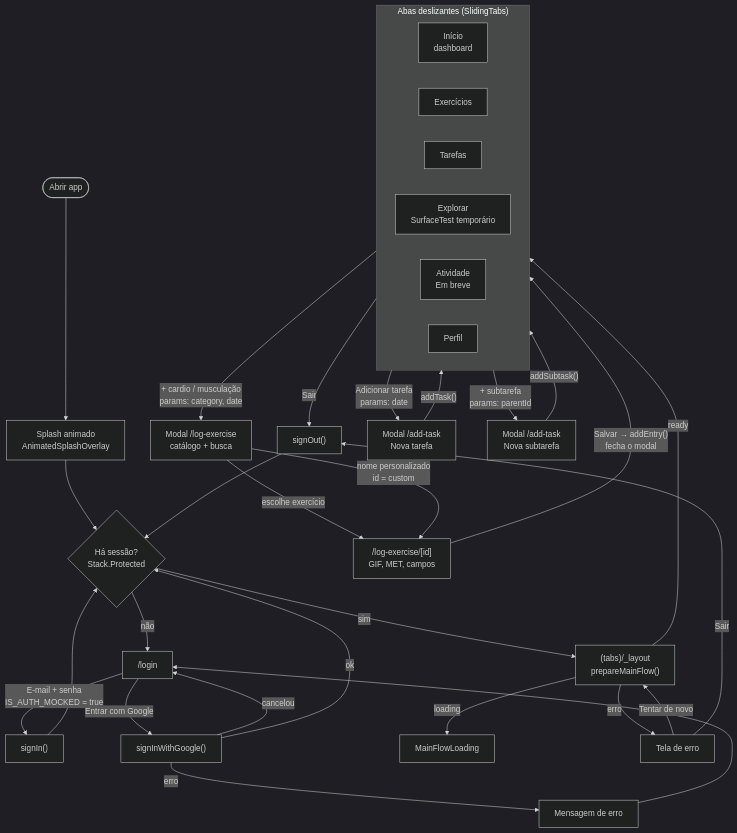
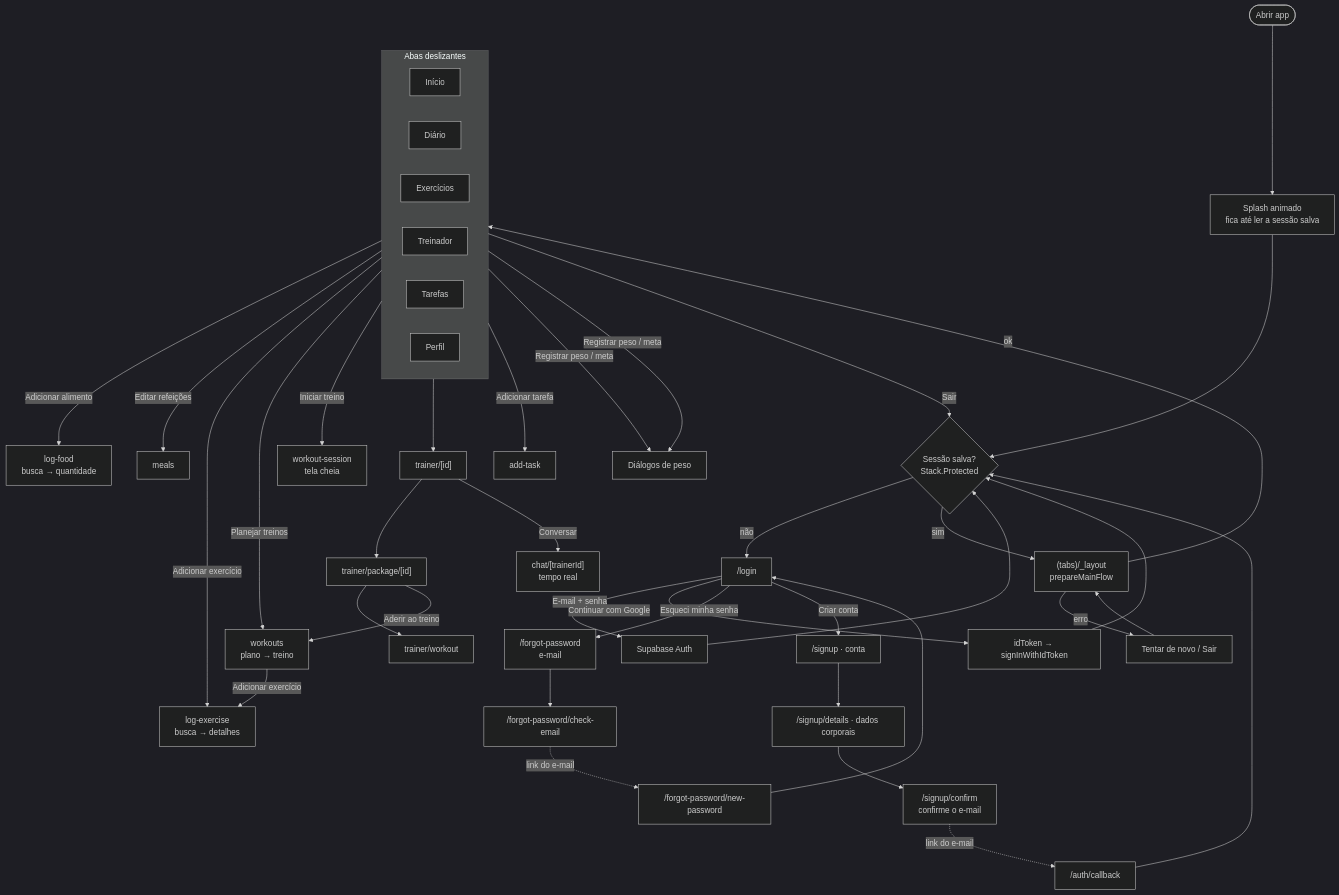
The third of 7 diagrams in docs/FLUXOGRAMA.md (willians-e-silva/treina), drawn with Mermaid (dark theme) before and after one commit. The commit also changed other lines of this file, not shown here.

First line of the commit message:
docs: atualiza o fluxograma com o estado atual da main

````diff
--- a/docs/FLUXOGRAMA.md
+++ b/docs/FLUXOGRAMA.md
@@ -103,43 +114,51 @@
 ```mermaid
 flowchart TD
-    Start(["Abrir app"]) --> Splash["Splash animado<br/>AnimatedSplashOverlay"]
-    Splash --> Guard{"Há sessão?<br/>Stack.Protected"}
+    Start(["Abrir app"]) --> Splash["Splash animado<br/>fica até ler a sessão salva"]
+    Splash --> Guard{"Sessão salva?<br/>Stack.Protected"}
 
     Guard -- "não" --> Login["/login"]
-    Login -- "E-mail + senha<br/>IS_AUTH_MOCKED = true" --> SignIn["signIn()"]
-    Login -- "Entrar com Google" --> Google["signInWithGoogle()"]
-    Google -- "cancelou" --> Login
-    Google -- "erro" --> LoginErr["Mensagem de erro"] --> Login
-    SignIn --> Guard
-    Google -- "ok" --> Guard
+    Login -- "E-mail + senha" --> Auth["Supabase Auth"]
+    Login -- "Continuar com Google" --> Google["idToken → signInWithIdToken"]
+    Login -- "Esqueci minha senha" --> FP["/forgot-password<br/>e-mail"]
+    FP --> FPC["/forgot-password/check-email"]
+    FPC -.->|link do e-mail| FPN["/forgot-password/new-password"]
+    FPN --> Login
+    Login -- "Criar conta" --> SU1["/signup · conta"]
+    SU1 --> SU2["/signup/details · dados corporais"]
+    SU2 --> SUC["/signup/confirm<br/>confirme o e-mail"]
+    SUC -.->|link do e-mail| CB["/auth/callback"]
+    CB --> Guard
+    Auth --> Guard
+    Google --> Guard
 
-    Guard -- "sim" --> Boot["(tabs)/_layout<br/>prepareMainFlow()"]
-    Boot -- "loading" --> Loading["MainFlowLoading"]
-    Boot -- "erro" --> BootErr["Tela de erro"]
-    BootErr -- "Tentar de novo" --> Boot
-    BootErr -- "Sair" --> SignOut
-    Boot -- "ready" --> Tabs
+    Guard -- "sim" --> Boot["(tabs)/_layout<br/>prepareMainFlow"]
+    Boot -- "erro" --> BootErr["Tentar de novo / Sair"]
+    BootErr --> Boot
+    Boot -- "ok" --> Tabs
 
-    subgraph Tabs["Abas deslizantes (SlidingTabs)"]
+    subgraph Tabs["Abas deslizantes"]
         direction LR
-        Home["Início<br/>dashboard"]
+        Home["Início"]
+        Diary["Diário"]
         Exercise["Exercícios"]
+        Trainers["Treinador"]
         Tasks["Tarefas"]
-        Explore["Explorar<br/>SurfaceTest temporário"]
-        Activity["Atividade<br/>Em breve"]
         Profile["Perfil"]
     end
 
-    Exercise -- "+ cardio / musculação<br/>params: category, date" --> Search["Modal /log-exercise<br/>catálogo + busca"]
-    Search -- "escolhe exercício" --> Details["/log-exercise/[id]<br/>GIF, MET, campos"]
-    Search -- "nome personalizado<br/>id = custom" --> Details
-    Details -- "Salvar → addEntry()<br/>fecha o modal" --> Exercise
-
-    Tasks -- "Adicionar tarefa<br/>params: date" --> AddTask["Modal /add-task<br/>Nova tarefa"]
-    Tasks -- "+ subtarefa<br/>params: parentId" --> AddSub["Modal /add-task<br/>Nova subtarefa"]
-    AddTask -- "addTask()" --> Tasks
-    AddSub -- "addSubtask()" --> Tasks
-
-    Profile -- "Sair" --> SignOut["signOut()"]
-    SignOut --> Guard
+    Diary -- "Adicionar alimento" --> LF["log-food<br/>busca → quantidade"]
+    Diary -- "Editar refeições" --> Meals["meals"]
+    Exercise -- "Adicionar exercício" --> LE["log-exercise<br/>busca → detalhes"]
+    Exercise -- "Planejar treinos" --> WK["workouts<br/>plano → treino"]
+    Exercise -- "Iniciar treino" --> WS["workout-session<br/>tela cheia"]
+    WK -- "Adicionar exercício" --> LE
+    Trainers --> TR["trainer/[id]"]
+    TR --> PK["trainer/package/[id]"]
+    PK --> PW["trainer/workout"]
+    PK -- "Aderir ao treino" --> WK
+    TR -- "Conversar" --> Chat["chat/[trainerId]<br/>tempo real"]
+    Tasks -- "Adicionar tarefa" --> AT["add-task"]
+    Home -- "Registrar peso / meta" --> WD["Diálogos de peso"]
+    Profile -- "Registrar peso / meta" --> WD
+    Profile -- "Sair" --> Guard
 ```
````
